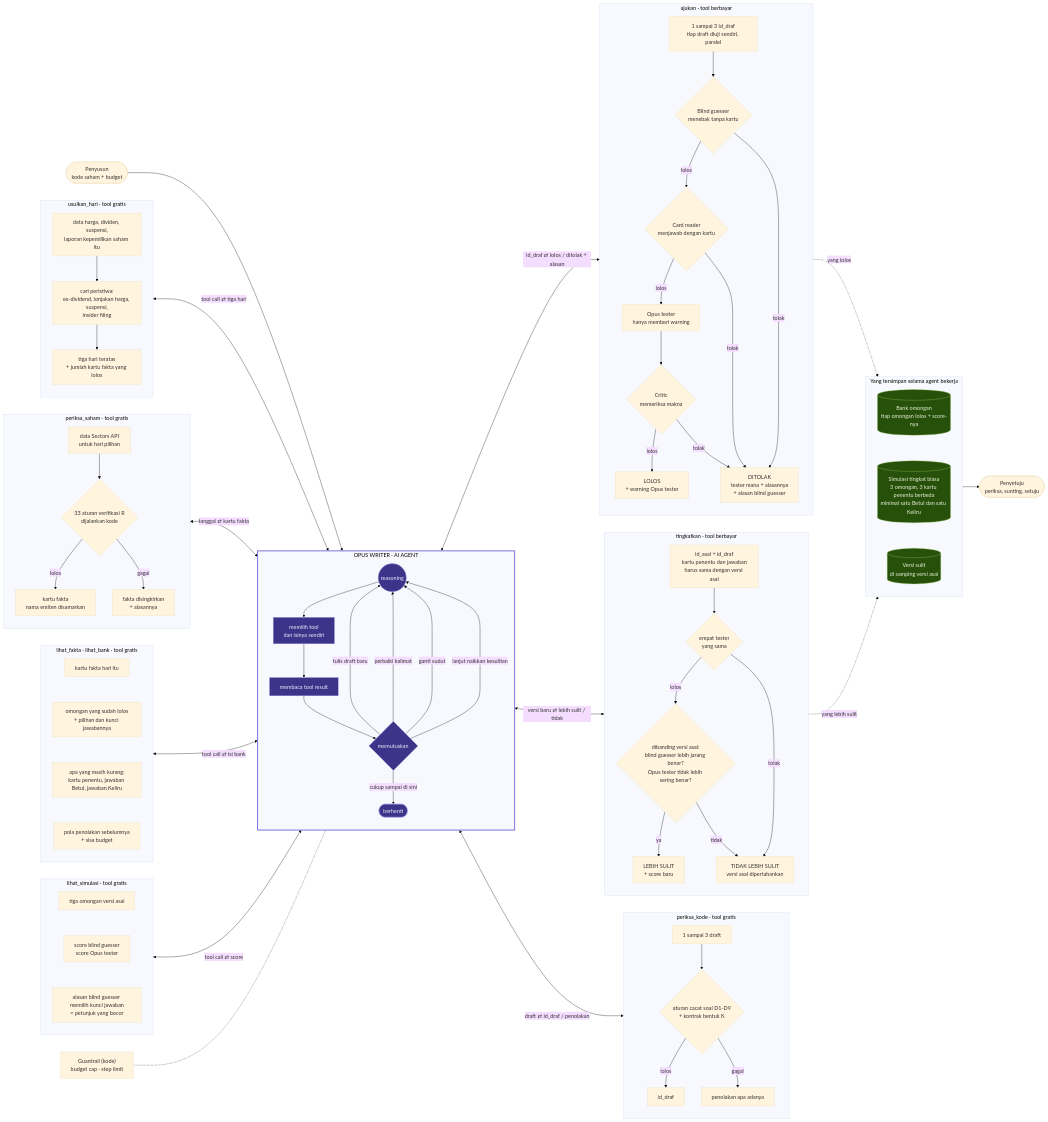
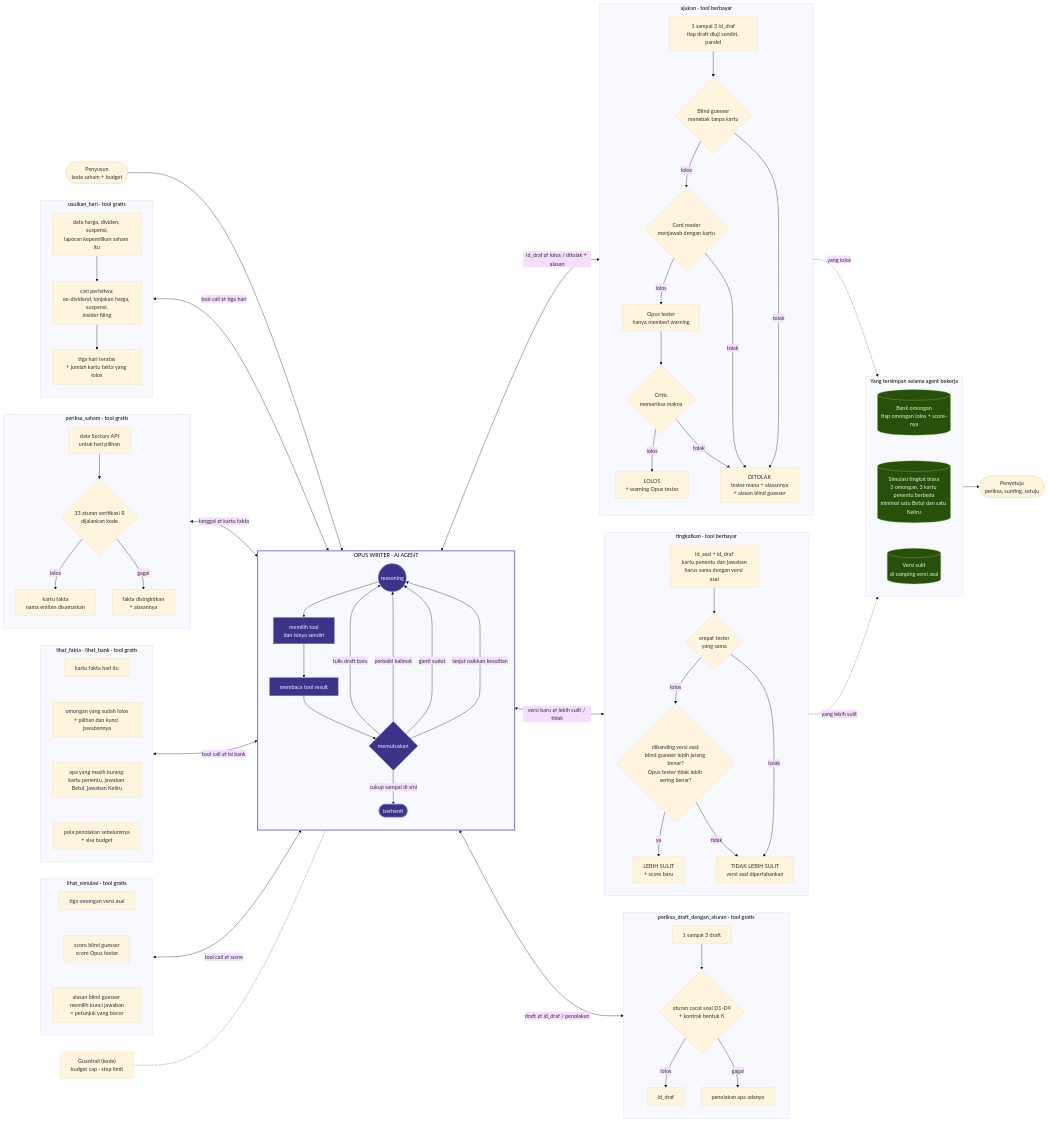
One commit to afrizagilleon/runut changed the diagram in docs/arsitektur-agen.md. Above: the diagram before and after it, drawn with Mermaid (base theme). The commit also changed 8 other files, not shown here.

Commit message:
M2d-27: tingkatkan 1-3 versi paralel, guardrail budget mode hemat, false alarm G-angka-cukup, tool periksa_draft_dengan_aturan (nol panggilan berbayar)

```diff
--- a/docs/arsitektur-agen.md
+++ b/docs/arsitektur-agen.md
@@ -48,7 +48,7 @@
         A4 -->|"cukup sampai di sini"| A5(["berhenti"])
     end
 
-    subgraph PK["periksa_kode · tool gratis"]
+    subgraph PK["periksa_draft_dengan_aturan · tool gratis"]
         direction TB
         PK1["1 sampai 3 draft"] --> PK2{"aturan cacat soal D1-D9<br/>+ kontrak bentuk K"}
         PK2 -->|lolos| PK3["id_draf"]
```
